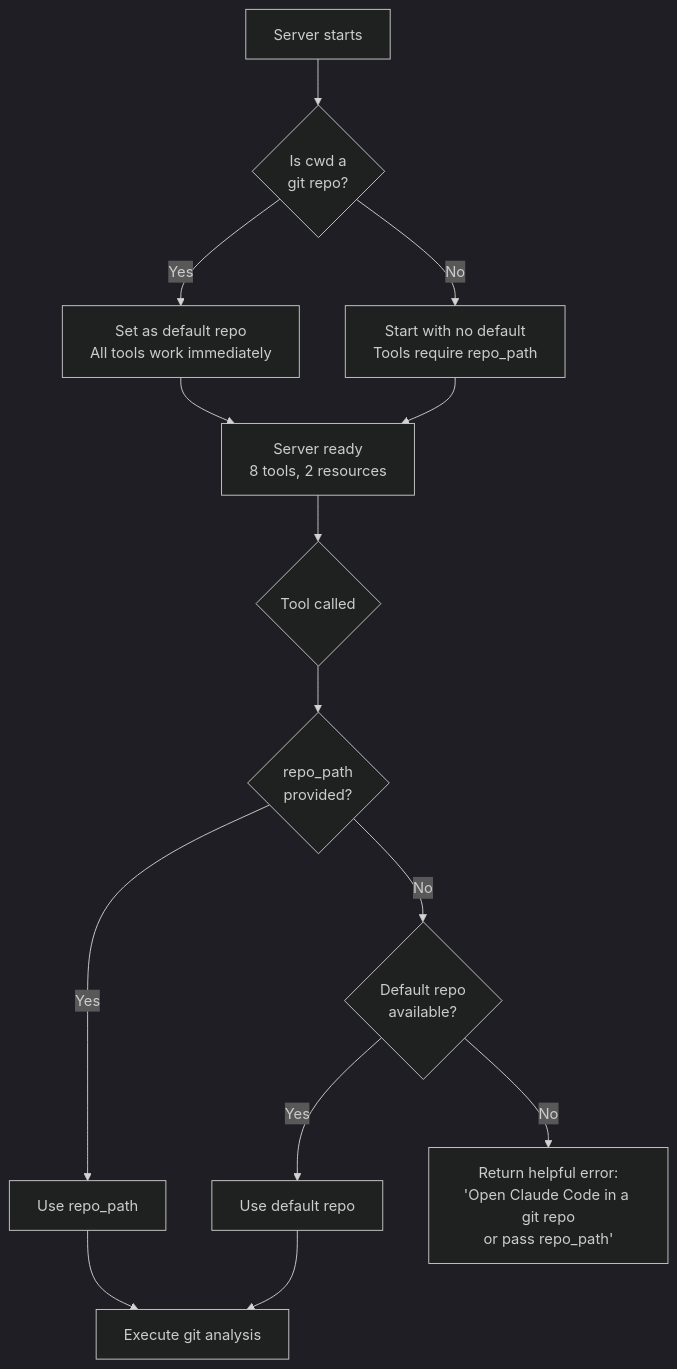
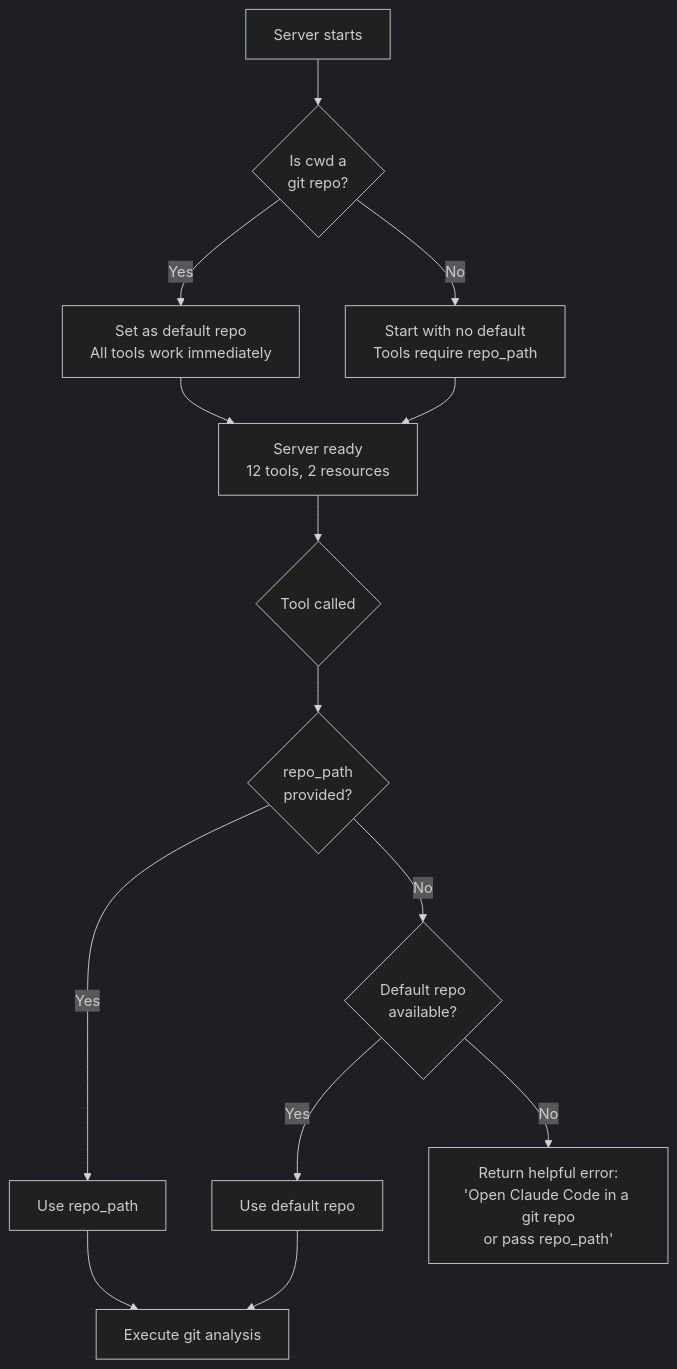
The fourth of 7 diagrams in README.md (hoangsonww/GitIntel-MCP-Server), drawn with Mermaid (dark theme) before and after one commit. The commit also changed other lines of this file and 12 other files, not shown here.

````diff
--- a/README.md
+++ b/README.md
@@ -215,16 +225,16 @@
 ```mermaid
 flowchart TD
     Start["Server starts"] --> CheckRepo{"Is cwd a\ngit repo?"}
     CheckRepo -->|Yes| Default["Set as default repo\nAll tools work immediately"]
     CheckRepo -->|No| NoDefault["Start with no default\nTools require repo_path"]
-    Default --> Ready["Server ready\n8 tools, 2 resources"]
+    Default --> Ready["Server ready\n12 tools, 2 resources"]
     NoDefault --> Ready
     Ready --> Call{"Tool called"}
     Call --> HasArg{"repo_path\nprovided?"}
     HasArg -->|Yes| UseArg["Use repo_path"]
     HasArg -->|No| HasDefault{"Default repo\navailable?"}
     HasDefault -->|Yes| UseDefault["Use default repo"]
     HasDefault -->|No| Error["Return helpful error:\n'Open Claude Code in a git repo\nor pass repo_path'"]
     UseArg --> Execute["Execute git analysis"]
     UseDefault --> Execute
 ```
````
